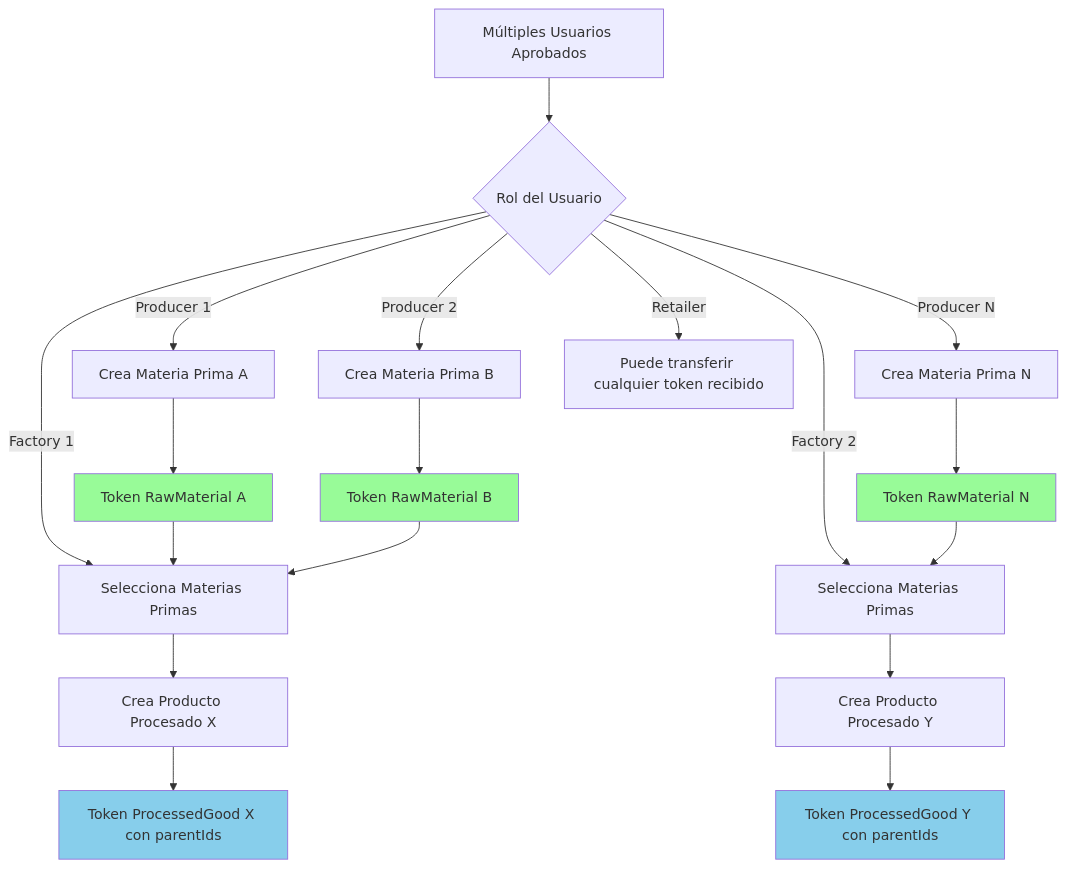
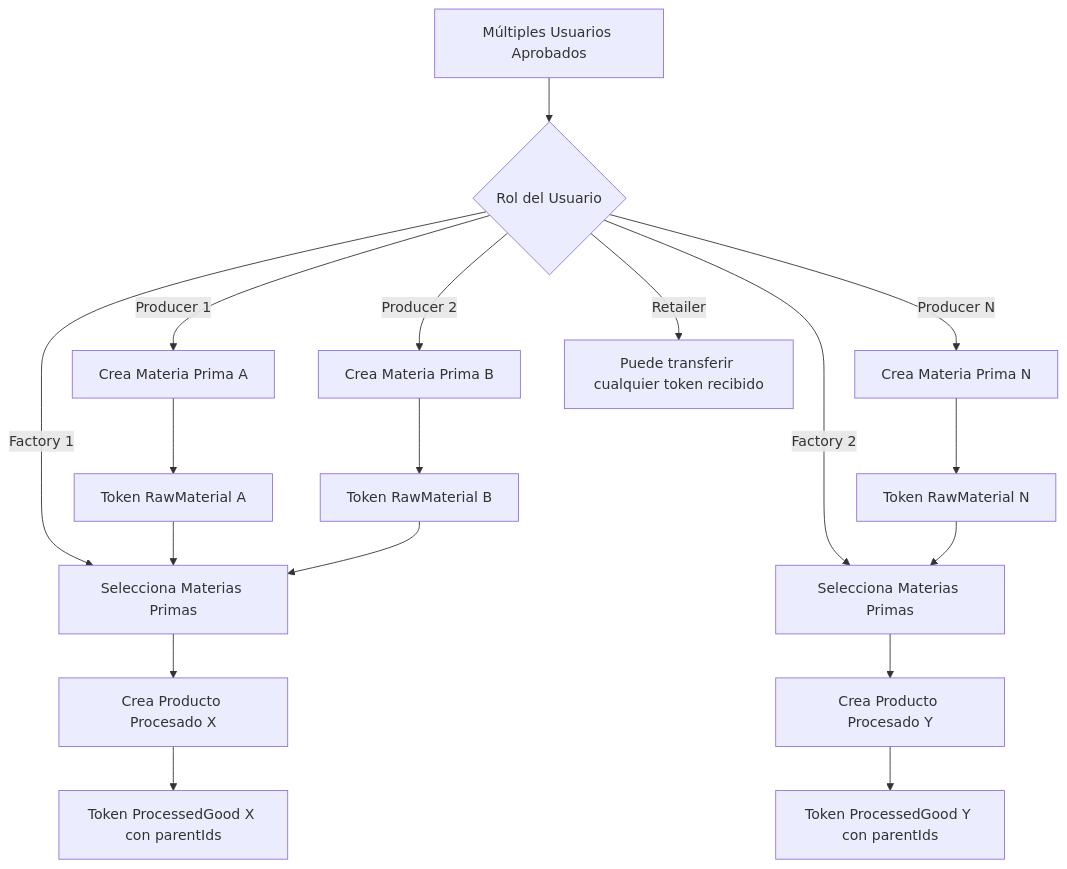
One commit to risuiar/supply-chain-tracker changed the second of 5 diagrams in README.md. Above: the diagram before and after it, drawn with Mermaid. The commit also changed other lines of this file, not shown here.

````diff
--- a/README.md
+++ b/README.md
@@ -107,33 +104,28 @@
 ```mermaid
 graph TD
     A[Múltiples Usuarios Aprobados] --> B{Rol del Usuario}
     
     B -->|Producer 1| C1[Crea Materia Prima A]
     B -->|Producer 2| C2[Crea Materia Prima B]
     B -->|Producer N| C3[Crea Materia Prima N]
     
     C1 --> D[Token RawMaterial A]
     C2 --> E[Token RawMaterial B]
     C3 --> F[Token RawMaterial N]
     
     B -->|Factory 1| G1[Selecciona Materias Primas]
     B -->|Factory 2| G2[Selecciona Materias Primas]
     
     G1 --> H1[Crea Producto Procesado X]
     G2 --> H2[Crea Producto Procesado Y]
     
     D --> G1
     E --> G1
     F --> G2
     
     H1 --> I1[Token ProcessedGood X con parentIds]
     H2 --> I2[Token ProcessedGood Y con parentIds]
     
     B -->|Retailer| J[Puede transferir cualquier token recibido]
     
-    style D fill:#98FB98
-    style E fill:#98FB98
-    style F fill:#98FB98
-    style I1 fill:#87CEEB
-    style I2 fill:#87CEEB
 ```
````
